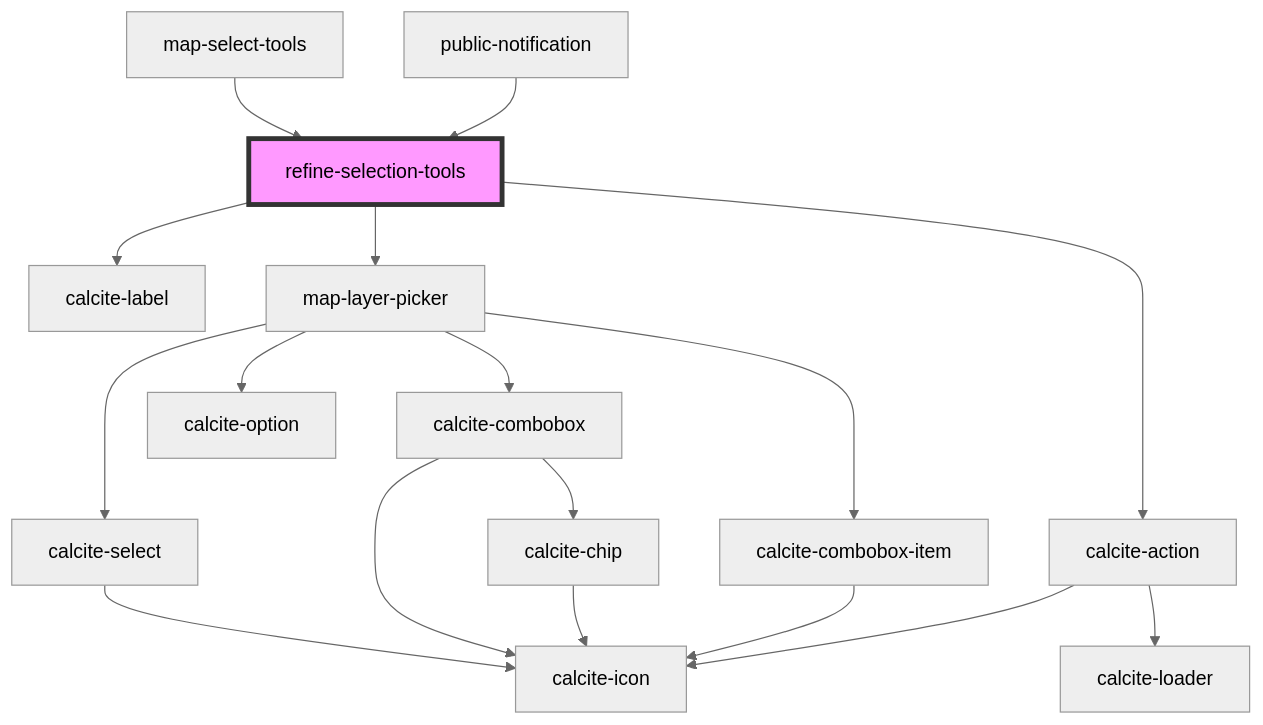
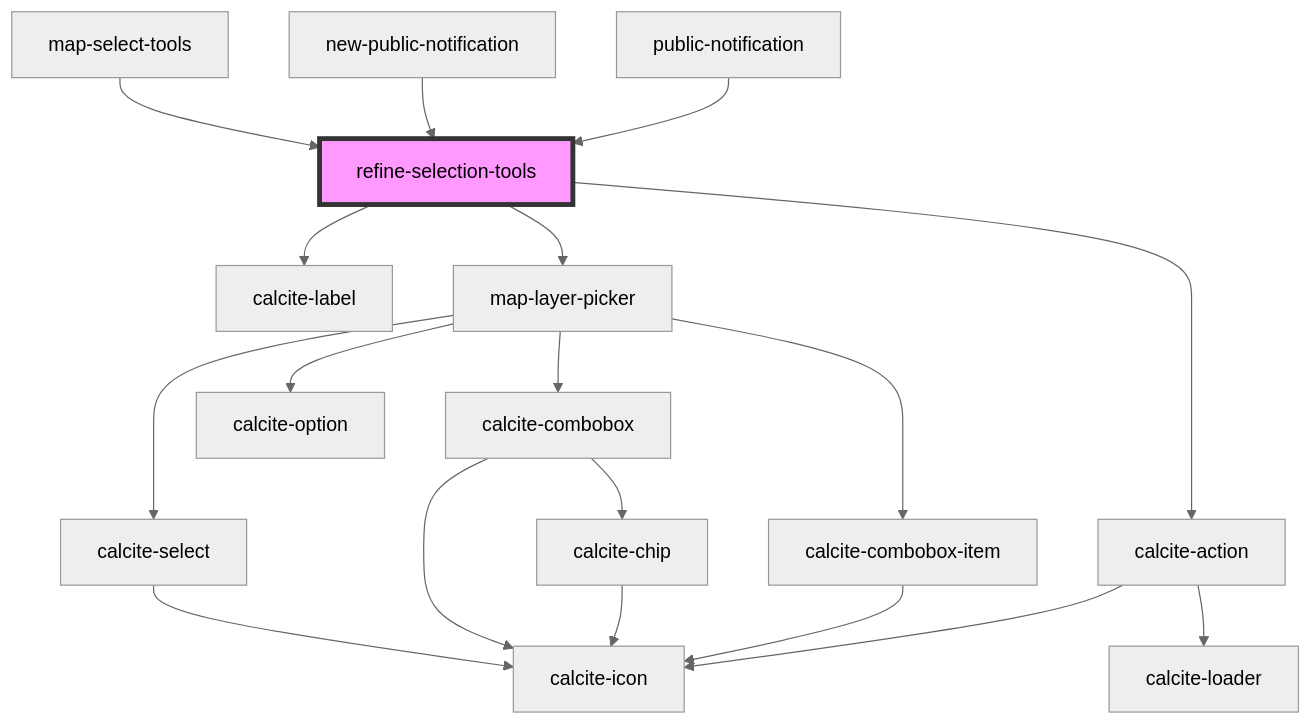
Before and after one commit to Esri/solutions-components: the diagram in src/components/refine-selection-tools/readme.md, drawn with Mermaid (neutral theme). The commit also changed other lines of this file and 8 other files, not shown here.

````diff
--- a/src/components/refine-selection-tools/readme.md
+++ b/src/components/refine-selection-tools/readme.md
@@ -68,20 +69,21 @@
 ```mermaid
 graph TD;
   refine-selection-tools --> calcite-label
   refine-selection-tools --> map-layer-picker
   refine-selection-tools --> calcite-action
   map-layer-picker --> calcite-select
   map-layer-picker --> calcite-combobox
   map-layer-picker --> calcite-combobox-item
   map-layer-picker --> calcite-option
   calcite-select --> calcite-icon
   calcite-combobox --> calcite-chip
   calcite-combobox --> calcite-icon
   calcite-chip --> calcite-icon
   calcite-combobox-item --> calcite-icon
   calcite-action --> calcite-loader
   calcite-action --> calcite-icon
   map-select-tools --> refine-selection-tools
+  new-public-notification --> refine-selection-tools
   public-notification --> refine-selection-tools
   style refine-selection-tools fill:#f9f,stroke:#333,stroke-width:4px
 ```
````
